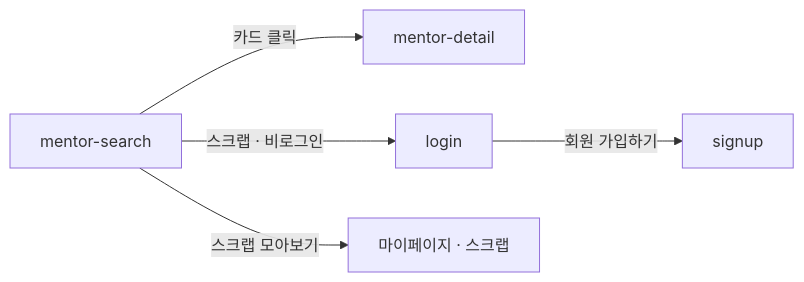
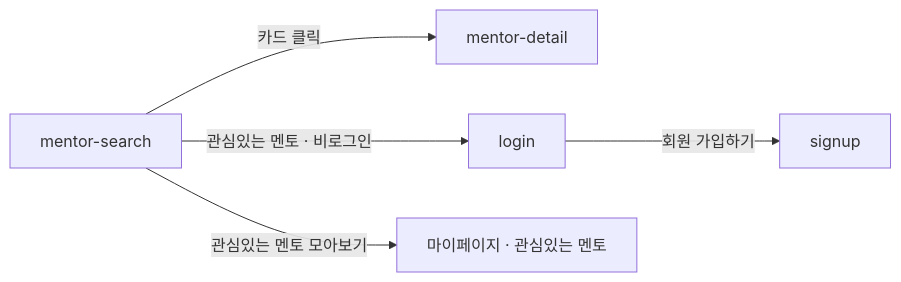
Before and after one commit to jisoo-y-mentree/mentree2-pd-fe: the diagram in design/screens/mentor-search/UI-SPEC.md, drawn with Mermaid. The commit also changed other lines of this file and 3 other files, not shown here.

````diff
--- a/design/screens/mentor-search/UI-SPEC.md
+++ b/design/screens/mentor-search/UI-SPEC.md
@@ -216,13 +220,13 @@
 ```mermaid
 flowchart LR
   ms["mentor-search"]
   md["mentor-detail"]
   login["login"]
   signup["signup"]
-  mypage["마이페이지 · 스크랩"]
+  mypage["마이페이지 · 관심있는 멘토"]
 
   ms -->|"카드 클릭"| md
-  ms -->|"스크랩 · 비로그인"| login
+  ms -->|"관심있는 멘토 · 비로그인"| login
   login -->|"회원 가입하기"| signup
-  ms -->|"스크랩 모아보기"| mypage
+  ms -->|"관심있는 멘토 모아보기"| mypage
 ```
````
